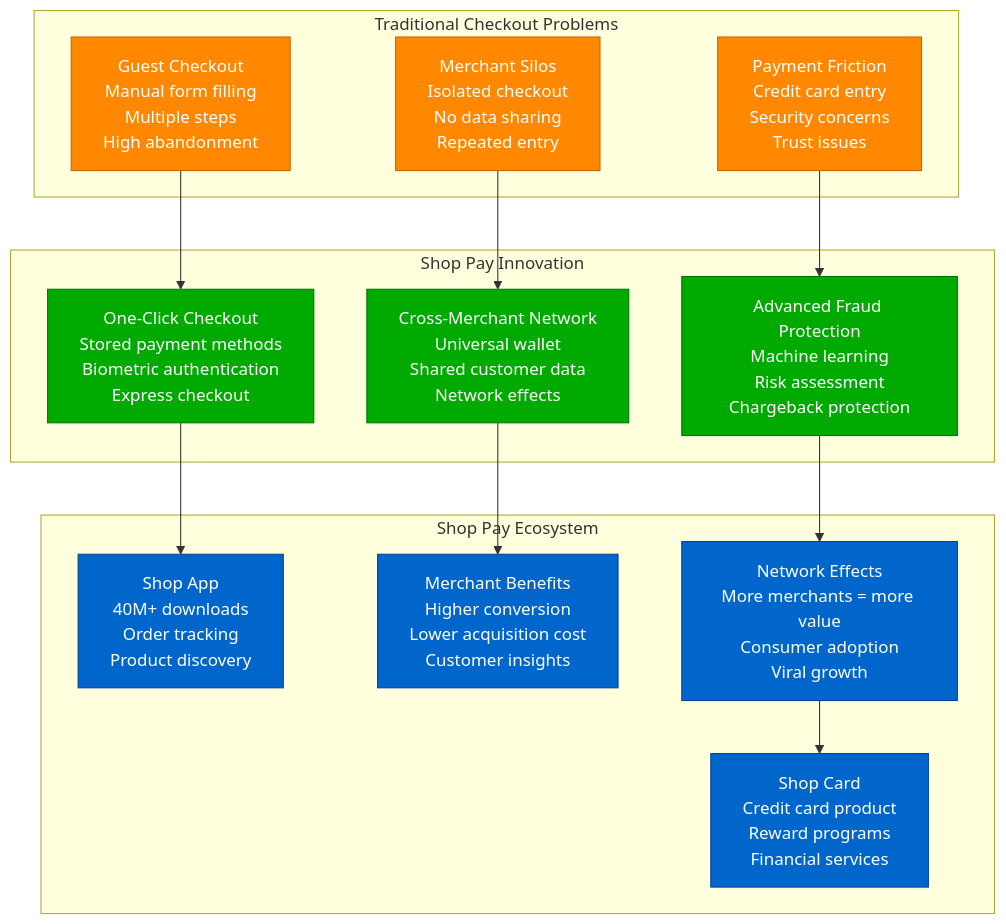
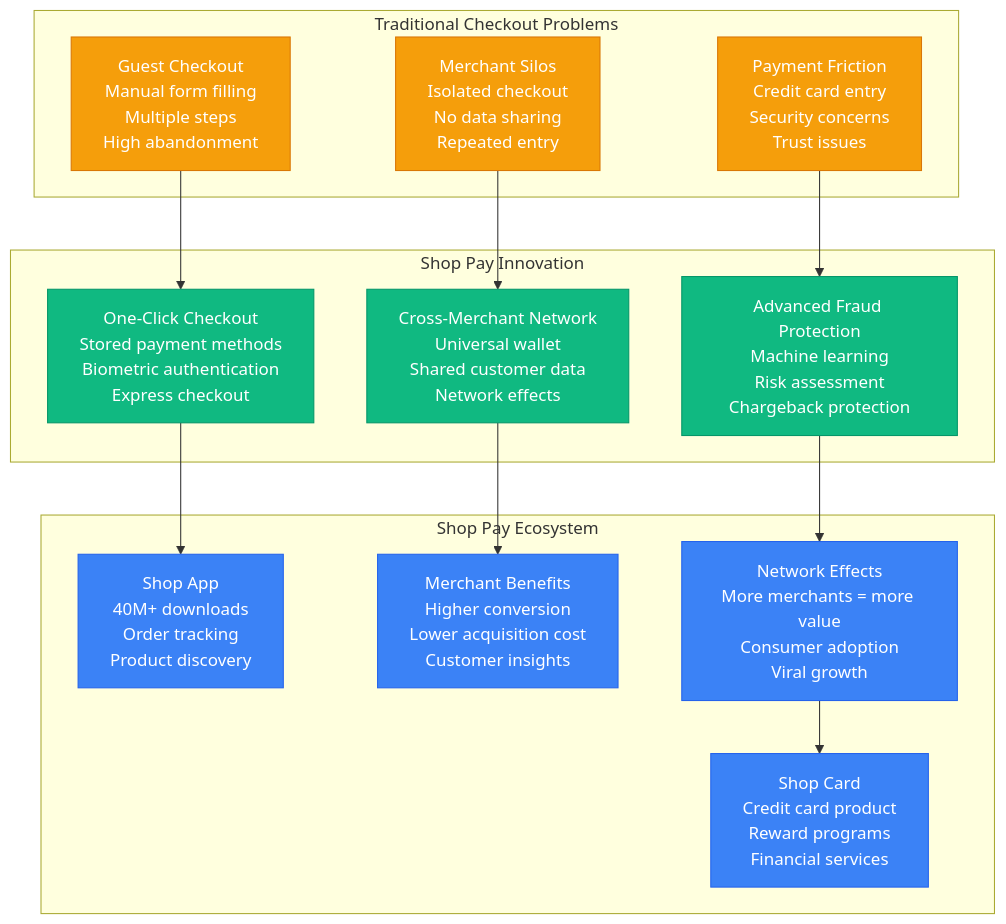
One commit to deepaucksharma/DS changed the third of 9 diagrams in site/docs/systems/shopify/novel-solutions.md. Above: the diagram before and after it, drawn with Mermaid. The commit also changed other lines of this file and 303 other files, not shown here.

````diff
--- a/site/docs/systems/shopify/novel-solutions.md
+++ b/site/docs/systems/shopify/novel-solutions.md
@@ -152,40 +152,40 @@
 ```mermaid
 graph TB
     subgraph "Traditional Checkout Problems"
         GUEST_CHECKOUT[Guest Checkout<br/>Manual form filling<br/>Multiple steps<br/>High abandonment]
         MERCHANT_SILOS[Merchant Silos<br/>Isolated checkout<br/>No data sharing<br/>Repeated entry]
         PAYMENT_FRICTION[Payment Friction<br/>Credit card entry<br/>Security concerns<br/>Trust issues]
     end
 
     subgraph "Shop Pay Innovation"
         ONE_CLICK[One-Click Checkout<br/>Stored payment methods<br/>Biometric authentication<br/>Express checkout]
         CROSS_MERCHANT[Cross-Merchant Network<br/>Universal wallet<br/>Shared customer data<br/>Network effects]
         FRAUD_PROTECTION[Advanced Fraud Protection<br/>Machine learning<br/>Risk assessment<br/>Chargeback protection]
     end
 
     %% Checkout evolution
     GUEST_CHECKOUT --> ONE_CLICK
     MERCHANT_SILOS --> CROSS_MERCHANT
     PAYMENT_FRICTION --> FRAUD_PROTECTION
 
     subgraph "Shop Pay Ecosystem"
         CONSUMER_APP[Shop App<br/>40M+ downloads<br/>Order tracking<br/>Product discovery]
         MERCHANT_BENEFITS[Merchant Benefits<br/>Higher conversion<br/>Lower acquisition cost<br/>Customer insights]
         NETWORK_EFFECTS[Network Effects<br/>More merchants = more value<br/>Consumer adoption<br/>Viral growth]
         SHOP_CARD[Shop Card<br/>Credit card product<br/>Reward programs<br/>Financial services]
     end
 
     ONE_CLICK --> CONSUMER_APP
     CROSS_MERCHANT --> MERCHANT_BENEFITS
     FRAUD_PROTECTION --> NETWORK_EFFECTS
     NETWORK_EFFECTS --> SHOP_CARD
 
     %% Apply Shop Pay colors
-    classDef problemStyle fill:#FF8800,stroke:#CC6600,color:#fff
-    classDef innovationStyle fill:#00AA00,stroke:#007700,color:#fff
-    classDef ecosystemStyle fill:#0066CC,stroke:#004499,color:#fff
+    classDef problemStyle fill:#F59E0B,stroke:#D97706,color:#fff
+    classDef innovationStyle fill:#10B981,stroke:#059669,color:#fff
+    classDef ecosystemStyle fill:#3B82F6,stroke:#2563EB,color:#fff
 
     class GUEST_CHECKOUT,MERCHANT_SILOS,PAYMENT_FRICTION problemStyle
     class ONE_CLICK,CROSS_MERCHANT,FRAUD_PROTECTION innovationStyle
     class CONSUMER_APP,MERCHANT_BENEFITS,NETWORK_EFFECTS,SHOP_CARD ecosystemStyle
 ```
````
